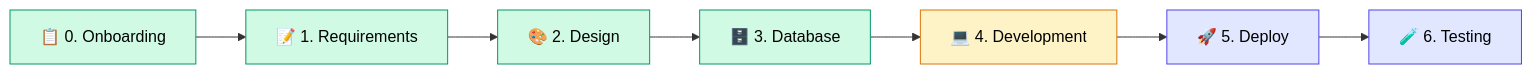
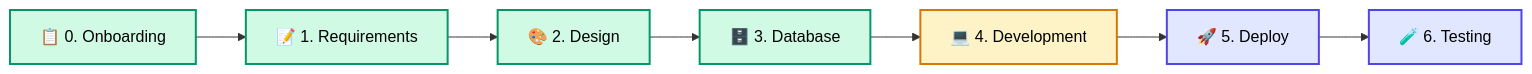
Before and after one commit to Siam-GS-Battery/SOP-SDLC-PLAN: the diagram in README.md, drawn with Mermaid. The commit also changed other lines of this file, not shown here.

````diff
--- a/README.md
+++ b/README.md
@@ -54,17 +93,17 @@
 ```mermaid
 graph LR
     A["📋 0. Onboarding"] --> B["📝 1. Requirements"]
     B --> C["🎨 2. Design"]
     C --> D["🗄️ 3. Database"]
     D --> E["💻 4. Development"]
     E --> F["🚀 5. Deploy"]
     F --> G["🧪 6. Testing"]
 
-    style A fill:#d1fae5,stroke:#059669,color:#000
-    style B fill:#d1fae5,stroke:#059669,color:#000
-    style C fill:#d1fae5,stroke:#059669,color:#000
-    style D fill:#d1fae5,stroke:#059669,color:#000
-    style E fill:#fef3c7,stroke:#d97706,color:#000
-    style F fill:#e0e7ff,stroke:#4f46e5,color:#000
-    style G fill:#e0e7ff,stroke:#4f46e5,color:#000
+    style A fill:#d1fae5,stroke:#059669,stroke-width:2px,color:#000
+    style B fill:#d1fae5,stroke:#059669,stroke-width:2px,color:#000
+    style C fill:#d1fae5,stroke:#059669,stroke-width:2px,color:#000
+    style D fill:#d1fae5,stroke:#059669,stroke-width:2px,color:#000
+    style E fill:#fef3c7,stroke:#d97706,stroke-width:2px,color:#000
+    style F fill:#e0e7ff,stroke:#4f46e5,stroke-width:2px,color:#000
+    style G fill:#e0e7ff,stroke:#4f46e5,stroke-width:2px,color:#000
 ```
````
